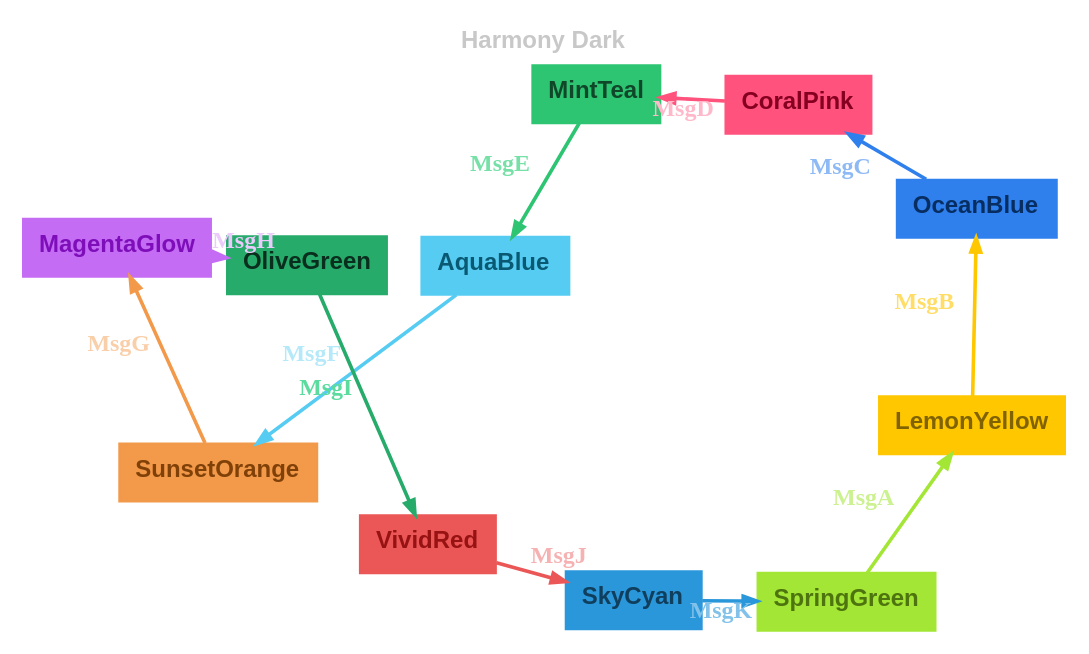
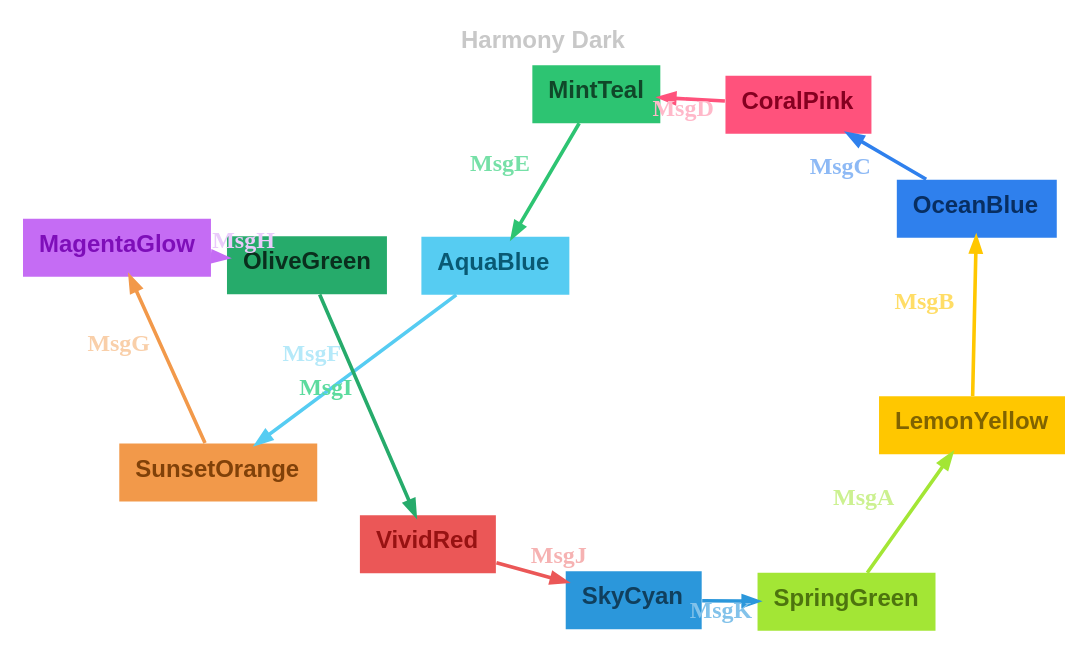
The diagram in renders/themes/harmony-dark.dot (m-bock/purescript-transit), drawn with Graphviz before and after one commit. The commit also changed 33 other files, not shown here.

Commit message:
Update Graphviz rendering

```diff
--- a/renders/themes/harmony-dark.dot
+++ b/renders/themes/harmony-dark.dot
@@ -1,27 +1,27 @@
 digraph 
 {
 rankdir = "TD";fontname = "Arial";labelloc = "t";fontsize = 12.0;bgcolor = "#00000000";color = "#c8c8c8";fontcolor = "#c8c8c8";label = <<b>Harmony Dark</b>>
 graph [layout=sfdp;overlap=false, K=2.5, repulsiveforce=4, splines=true];
-SpringGreen [shape = "box", label = <<b>SpringGreen</b>>, fontsize = 12.0, style = "filled", fillcolor = "#a3e635", fontcolor = "#4d740e", color = "#a3e635", fontname = "Arial", labelloc = "c", penwidth = 1.0, height = 0.4]
+SpringGreen [shape = "box", label = <<b>SpringGreen</b>>, fontsize = 12.0, style = "filled", fillcolor = "#a3e635", fontcolor = "#4d740e", color = "#a3e635", fontname = "Arial", labelloc = "c", penwidth = 0.0, height = 0.4]
 SpringGreen -> LemonYellow [color = "#a3e635", fontcolor = "#ccf190", fontsize = 12.0, arrowsize = "0.7", label = <<b>MsgA</b>>, penwidth = 1.8]
-LemonYellow [shape = "box", label = <<b>LemonYellow</b>>, fontsize = 12.0, style = "filled", fillcolor = "#ffc700", fontcolor = "#806300", color = "#ffc700", fontname = "Arial", labelloc = "c", penwidth = 1.0, height = 0.4]
+LemonYellow [shape = "box", label = <<b>LemonYellow</b>>, fontsize = 12.0, style = "filled", fillcolor = "#ffc700", fontcolor = "#806300", color = "#ffc700", fontname = "Arial", labelloc = "c", penwidth = 0.0, height = 0.4]
 LemonYellow -> OceanBlue [color = "#ffc700", fontcolor = "#ffdd66", fontsize = 12.0, arrowsize = "0.7", label = <<b>MsgB</b>>, penwidth = 1.8]
-OceanBlue [shape = "box", label = <<b>OceanBlue</b>>, fontsize = 12.0, style = "filled", fillcolor = "#2f80ed", fontcolor = "#082e61", color = "#2f80ed", fontname = "Arial", labelloc = "c", penwidth = 1.0, height = 0.4]
+OceanBlue [shape = "box", label = <<b>OceanBlue</b>>, fontsize = 12.0, style = "filled", fillcolor = "#2f80ed", fontcolor = "#082e61", color = "#2f80ed", fontname = "Arial", labelloc = "c", penwidth = 0.0, height = 0.4]
 OceanBlue -> CoralPink [color = "#2f80ed", fontcolor = "#8db9f5", fontsize = 12.0, arrowsize = "0.7", label = <<b>MsgC</b>>, penwidth = 1.8]
-CoralPink [shape = "box", label = <<b>CoralPink</b>>, fontsize = 12.0, style = "filled", fillcolor = "#ff527c", fontcolor = "#850020", color = "#ff527c", fontname = "Arial", labelloc = "c", penwidth = 1.0, height = 0.4]
+CoralPink [shape = "box", label = <<b>CoralPink</b>>, fontsize = 12.0, style = "filled", fillcolor = "#ff527c", fontcolor = "#850020", color = "#ff527c", fontname = "Arial", labelloc = "c", penwidth = 0.0, height = 0.4]
 CoralPink -> MintTeal [color = "#ff527c", fontcolor = "#ffb8c9", fontsize = 12.0, arrowsize = "0.7", label = <<b>MsgD</b>>, penwidth = 1.8]
-MintTeal [shape = "box", label = <<b>MintTeal</b>>, fontsize = 12.0, style = "filled", fillcolor = "#2dc472", fontcolor = "#104729", color = "#2dc472", fontname = "Arial", labelloc = "c", penwidth = 1.0, height = 0.4]
+MintTeal [shape = "box", label = <<b>MintTeal</b>>, fontsize = 12.0, style = "filled", fillcolor = "#2dc472", fontcolor = "#104729", color = "#2dc472", fontname = "Arial", labelloc = "c", penwidth = 0.0, height = 0.4]
 MintTeal -> AquaBlue [color = "#2dc472", fontcolor = "#76e0a7", fontsize = 12.0, arrowsize = "0.7", label = <<b>MsgE</b>>, penwidth = 1.8]
-AquaBlue [shape = "box", label = <<b>AquaBlue</b>>, fontsize = 12.0, style = "filled", fillcolor = "#56ccf2", fontcolor = "#095973", color = "#56ccf2", fontname = "Arial", labelloc = "c", penwidth = 1.0, height = 0.4]
+AquaBlue [shape = "box", label = <<b>AquaBlue</b>>, fontsize = 12.0, style = "filled", fillcolor = "#56ccf2", fontcolor = "#095973", color = "#56ccf2", fontname = "Arial", labelloc = "c", penwidth = 0.0, height = 0.4]
 AquaBlue -> SunsetOrange [color = "#56ccf2", fontcolor = "#b5e9f9", fontsize = 12.0, arrowsize = "0.7", label = <<b>MsgF</b>>, penwidth = 1.8]
-SunsetOrange [shape = "box", label = <<b>SunsetOrange</b>>, fontsize = 12.0, style = "filled", fillcolor = "#f2994a", fontcolor = "#804109", color = "#f2994a", fontname = "Arial", labelloc = "c", penwidth = 1.0, height = 0.4]
+SunsetOrange [shape = "box", label = <<b>SunsetOrange</b>>, fontsize = 12.0, style = "filled", fillcolor = "#f2994a", fontcolor = "#804109", color = "#f2994a", fontname = "Arial", labelloc = "c", penwidth = 0.0, height = 0.4]
 SunsetOrange -> MagentaGlow [color = "#f2994a", fontcolor = "#f9cfa9", fontsize = 12.0, arrowsize = "0.7", label = <<b>MsgG</b>>, penwidth = 1.8]
-MagentaGlow [shape = "box", label = <<b>MagentaGlow</b>>, fontsize = 12.0, style = "filled", fillcolor = "#c56cf4", fontcolor = "#7e0eb9", color = "#c56cf4", fontname = "Arial", labelloc = "c", penwidth = 1.0, height = 0.4]
+MagentaGlow [shape = "box", label = <<b>MagentaGlow</b>>, fontsize = 12.0, style = "filled", fillcolor = "#c56cf4", fontcolor = "#7e0eb9", color = "#c56cf4", fontname = "Arial", labelloc = "c", penwidth = 0.0, height = 0.4]
 MagentaGlow -> OliveGreen [color = "#c56cf4", fontcolor = "#eacbfb", fontsize = 12.0, arrowsize = "0.7", label = <<b>MsgH</b>>, penwidth = 1.8]
-OliveGreen [shape = "box", label = <<b>OliveGreen</b>>, fontsize = 12.0, style = "filled", fillcolor = "#26ab6b", fontcolor = "#0a2e1d", color = "#26ab6b", fontname = "Arial", labelloc = "c", penwidth = 1.0, height = 0.4]
+OliveGreen [shape = "box", label = <<b>OliveGreen</b>>, fontsize = 12.0, style = "filled", fillcolor = "#26ab6b", fontcolor = "#0a2e1d", color = "#26ab6b", fontname = "Arial", labelloc = "c", penwidth = 0.0, height = 0.4]
 OliveGreen -> VividRed [color = "#26ab6b", fontcolor = "#5cdb9e", fontsize = 12.0, arrowsize = "0.7", label = <<b>MsgI</b>>, penwidth = 1.8]
-VividRed [shape = "box", label = <<b>VividRed</b>>, fontsize = 12.0, style = "filled", fillcolor = "#eb5757", fontcolor = "#971212", color = "#eb5757", fontname = "Arial", labelloc = "c", penwidth = 1.0, height = 0.4]
+VividRed [shape = "box", label = <<b>VividRed</b>>, fontsize = 12.0, style = "filled", fillcolor = "#eb5757", fontcolor = "#971212", color = "#eb5757", fontname = "Arial", labelloc = "c", penwidth = 0.0, height = 0.4]
 VividRed -> SkyCyan [color = "#eb5757", fontcolor = "#f6b2b2", fontsize = 12.0, arrowsize = "0.7", label = <<b>MsgJ</b>>, penwidth = 1.8]
-SkyCyan [shape = "box", label = <<b>SkyCyan</b>>, fontsize = 12.0, style = "filled", fillcolor = "#2b97db", fontcolor = "#103f5d", color = "#2b97db", fontname = "Arial", labelloc = "c", penwidth = 1.0, height = 0.4]
+SkyCyan [shape = "box", label = <<b>SkyCyan</b>>, fontsize = 12.0, style = "filled", fillcolor = "#2b97db", fontcolor = "#103f5d", color = "#2b97db", fontname = "Arial", labelloc = "c", penwidth = 0.0, height = 0.4]
 SkyCyan -> SpringGreen [color = "#2b97db", fontcolor = "#82c2ea", fontsize = 12.0, arrowsize = "0.7", label = <<b>MsgK</b>>, penwidth = 1.8]
 }
```
